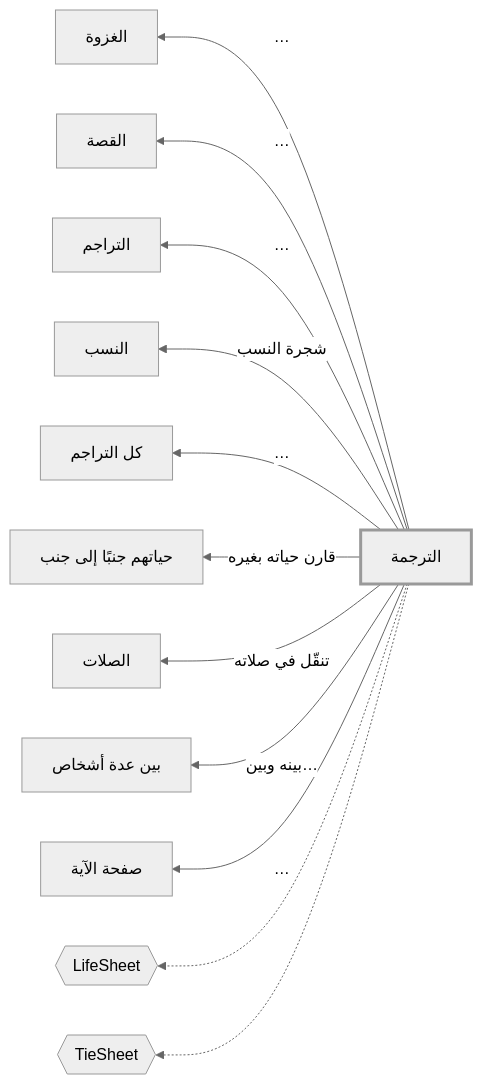
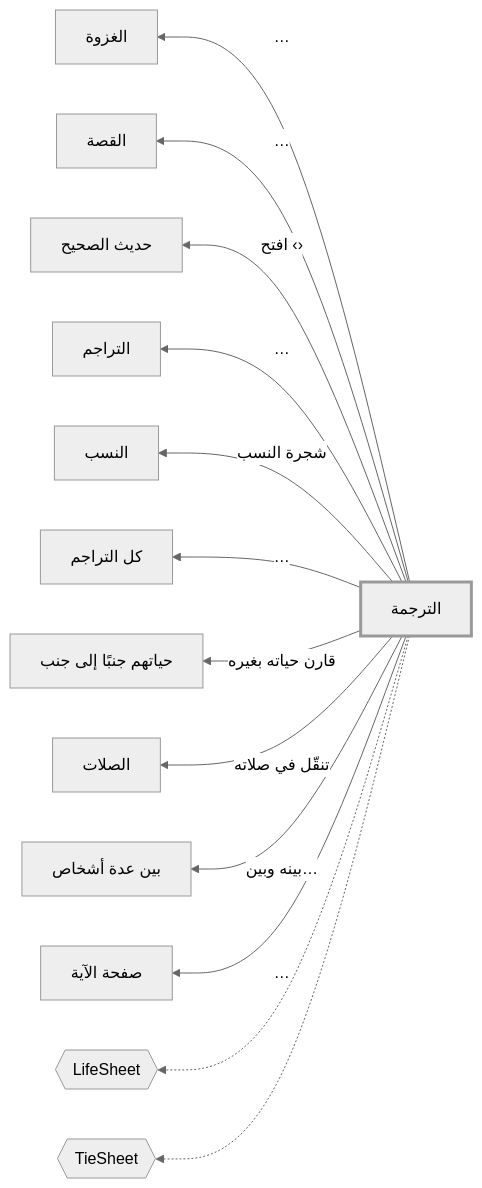
Before and after one commit to msskzx/namaq: the diagram in docs/feature-map/person.md, drawn with Mermaid (neutral theme). The commit also changed other lines of this file and 25 other files, not shown here.

First line of the commit message:
fix(app): open pages in other tabs through toTab, add «صفحة الآية» to the mushaf menu, link a person's Sahih saying to its hadith

````diff
--- a/docs/feature-map/person.md
+++ b/docs/feature-map/person.md
@@ -5,16 +5,17 @@
 ```mermaid
 flowchart RL
   me["الترجمة"]
   style me stroke-width:3px
   me -- "…" --> out0["الغزوة"]
   me -- "…" --> out1["القصة"]
-  me -- "…" --> out2["التراجم"]
-  me -- "شجرة النسب" --> out3["النسب"]
-  me -- "…" --> out4["كل التراجم"]
-  me -- "قارن حياته بغيره" --> out5["حياتهم جنبًا إلى جنب"]
-  me -- "تنقّل في صلاته" --> out6["الصلات"]
-  me -- "بينه وبين…" --> out7["بين عدة أشخاص"]
-  me -- "…" --> out8["صفحة الآية"]
+  me -- "افتح ‹›" --> out2["حديث الصحيح"]
+  me -- "…" --> out3["التراجم"]
+  me -- "شجرة النسب" --> out4["النسب"]
+  me -- "…" --> out5["كل التراجم"]
+  me -- "قارن حياته بغيره" --> out6["حياتهم جنبًا إلى جنب"]
+  me -- "تنقّل في صلاته" --> out7["الصلات"]
+  me -- "بينه وبين…" --> out8["بين عدة أشخاص"]
+  me -- "…" --> out9["صفحة الآية"]
   me -.-> sheet0{{"LifeSheet"}}
   me -.-> sheet1{{"TieSheet"}}
 ```
````
